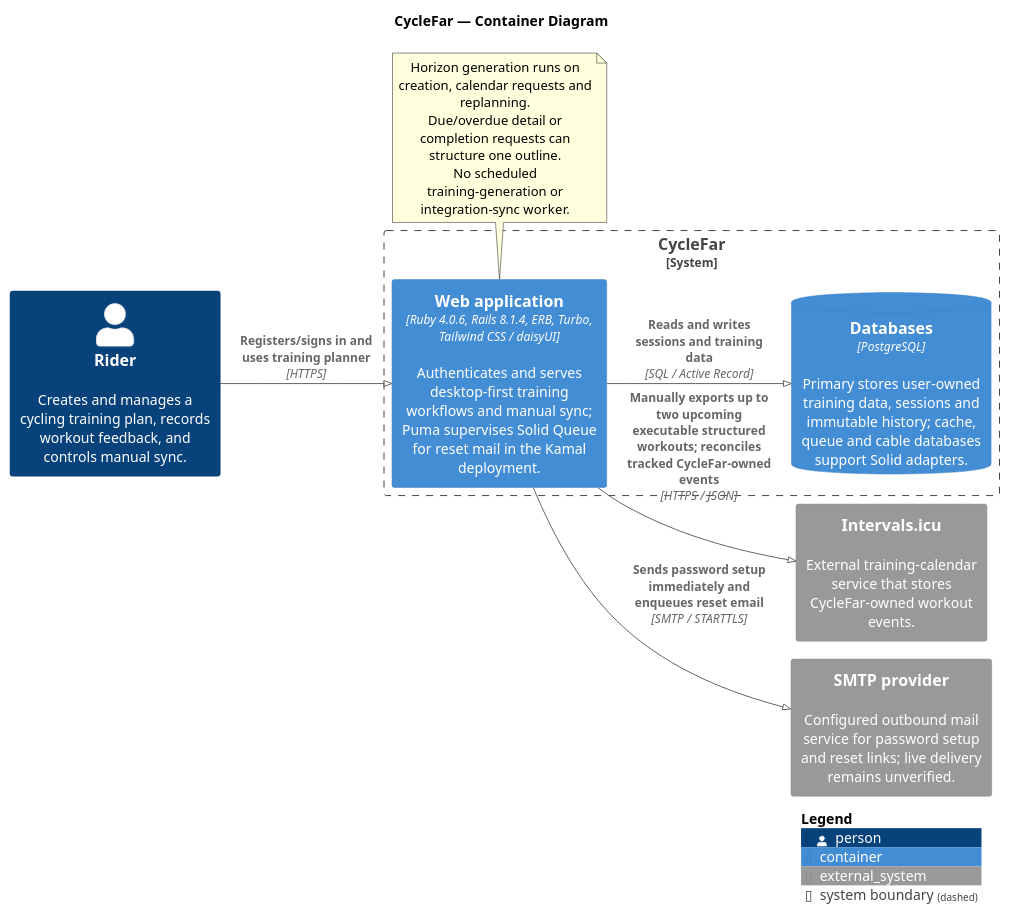
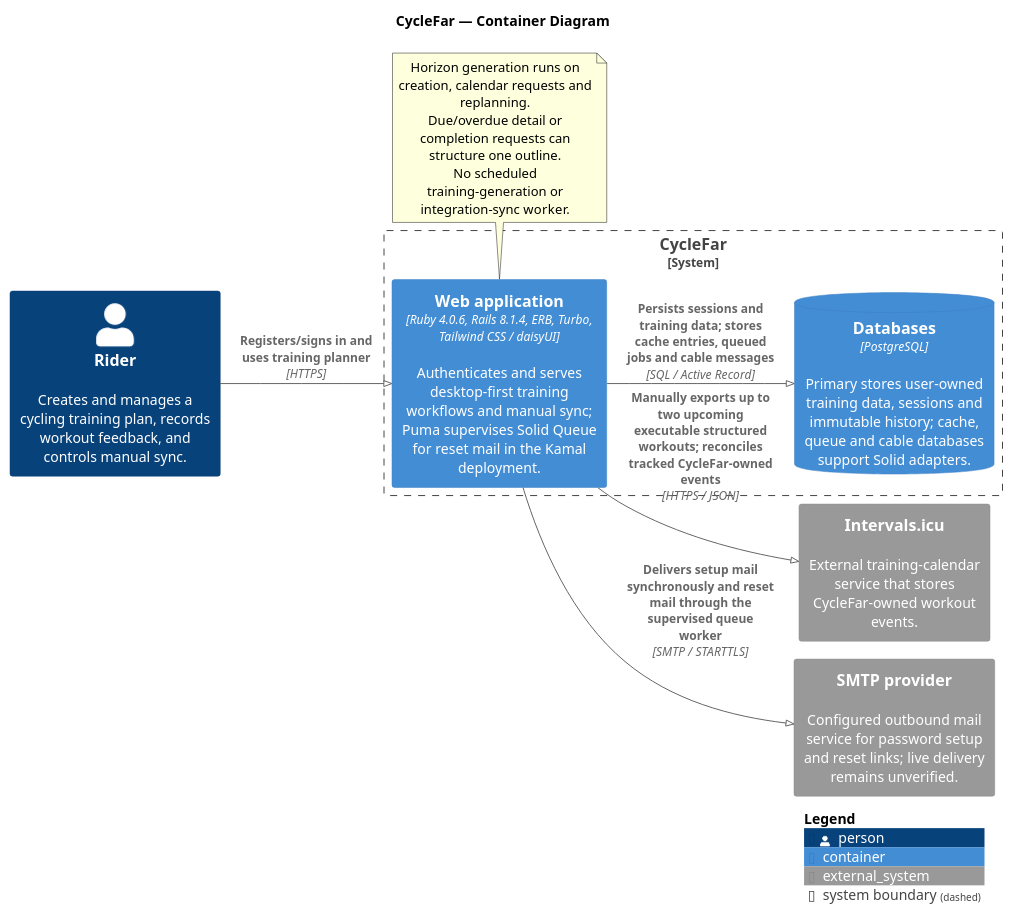
Before and after one commit to richardhartme/cyclefar: the diagram in docs/diagrams/container-cyclefar.puml, drawn with PlantUML. The commit also changed 20 other files, not shown here.

Commit message:
Updated diagrams

```diff
--- a/docs/diagrams/container-cyclefar.puml
+++ b/docs/diagrams/container-cyclefar.puml
@@ -1,32 +1,32 @@
 @startuml
 !pragma layout smetana
 ' Scope and limitations: README.md
 !include https://raw.githubusercontent.com/plantuml-stdlib/C4-PlantUML/master/C4_Container.puml
 
 title CycleFar — Container Diagram
 
 LAYOUT_LEFT_RIGHT()
 
 Person(rider, "Rider", "Creates and manages a cycling training plan, records workout feedback, and controls manual sync.")
 
 System_Boundary(cyclefar_boundary, "CycleFar") {
   Container(web_application, "Web application", "Ruby 4.0.6, Rails 8.1.4, ERB, Turbo, Tailwind CSS / daisyUI", "Authenticates and serves desktop-first training workflows and manual sync; Puma supervises Solid Queue for reset mail in the Kamal deployment.")
   ContainerDb(database, "Databases", "PostgreSQL", "Primary stores user-owned training data, sessions and immutable history; cache, queue and cable databases support Solid adapters.")
 }
 
 System_Ext(intervals_icu, "Intervals.icu", "External training-calendar service that stores CycleFar-owned workout events.")
 System_Ext(smtp, "SMTP provider", "Configured outbound mail service for password setup and reset links; live delivery remains unverified.")
 
 Rel(rider, web_application, "Registers/signs in and uses training planner", "HTTPS")
-Rel(web_application, database, "Reads and writes sessions and training data", "SQL / Active Record")
+Rel(web_application, database, "Persists sessions and training data; stores cache entries, queued jobs and cable messages", "SQL / Active Record")
 Rel(web_application, intervals_icu, "Manually exports up to two upcoming executable structured workouts; reconciles tracked CycleFar-owned events", "HTTPS / JSON")
-Rel(web_application, smtp, "Sends password setup immediately and enqueues reset email", "SMTP / STARTTLS")
+Rel(web_application, smtp, "Delivers setup mail synchronously and reset mail through the supervised queue worker", "SMTP / STARTTLS")
 
 note bottom of web_application
   Horizon generation runs on creation, calendar requests and replanning.
   Due/overdue detail or completion requests can structure one outline.
   No scheduled training-generation or integration-sync worker.
 end note
 
 SHOW_LEGEND()
 @enduml
```
